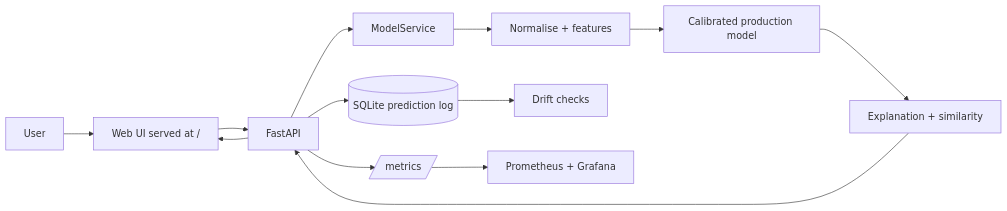
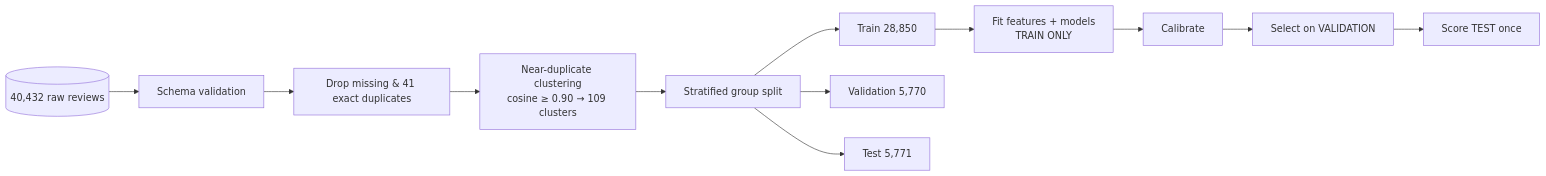
One commit to Gannina-SriMadhav/Fake-Review-Detection-System changed the second of 3 diagrams in README.md. Above: the diagram before and after it, drawn with Mermaid. The commit also changed other lines of this file, not shown here.

Commit message:
Rewrite README: full project explanation with real results and honest findings

````diff
--- a/README.md
+++ b/README.md
@@ -17,7 +112,7 @@
 ```mermaid
 flowchart LR
-  U[User] --> S[Web UI served at /] --> A[FastAPI] --> M[ModelService]
-  M --> N[Normalise + features] --> P[Calibrated production model] --> E[Explanation + similarity] --> A --> S
-  A --> L[(SQLite prediction log)] --> D[Drift checks] 
-  A --> PR[/metrics/] --> G[Prometheus + Grafana]
+  CSV[(40,432 raw reviews)] --> V[Schema validation] --> D[Drop missing & 41 exact duplicates]
+  D --> N[Near-duplicate clustering<br/>cosine ≥ 0.90 → 109 clusters] --> S[Stratified group split]
+  S --> TR[Train 28,850] & VA[Validation 5,770] & TE[Test 5,771]
+  TR --> F[Fit features + models<br/>TRAIN ONLY] --> CAL[Calibrate] --> SEL[Select on VALIDATION] --> REP[Score TEST once]
 ```
````
